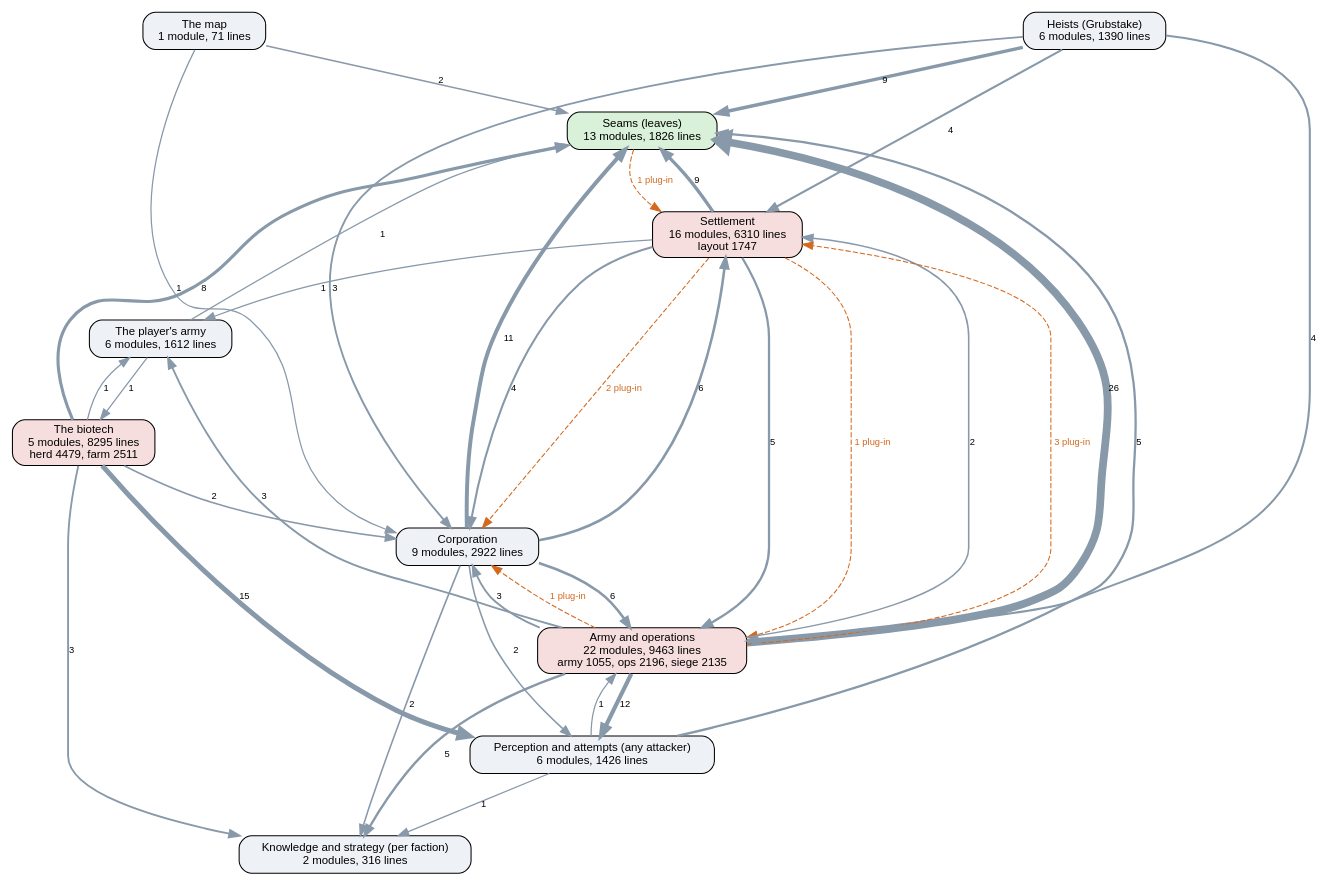
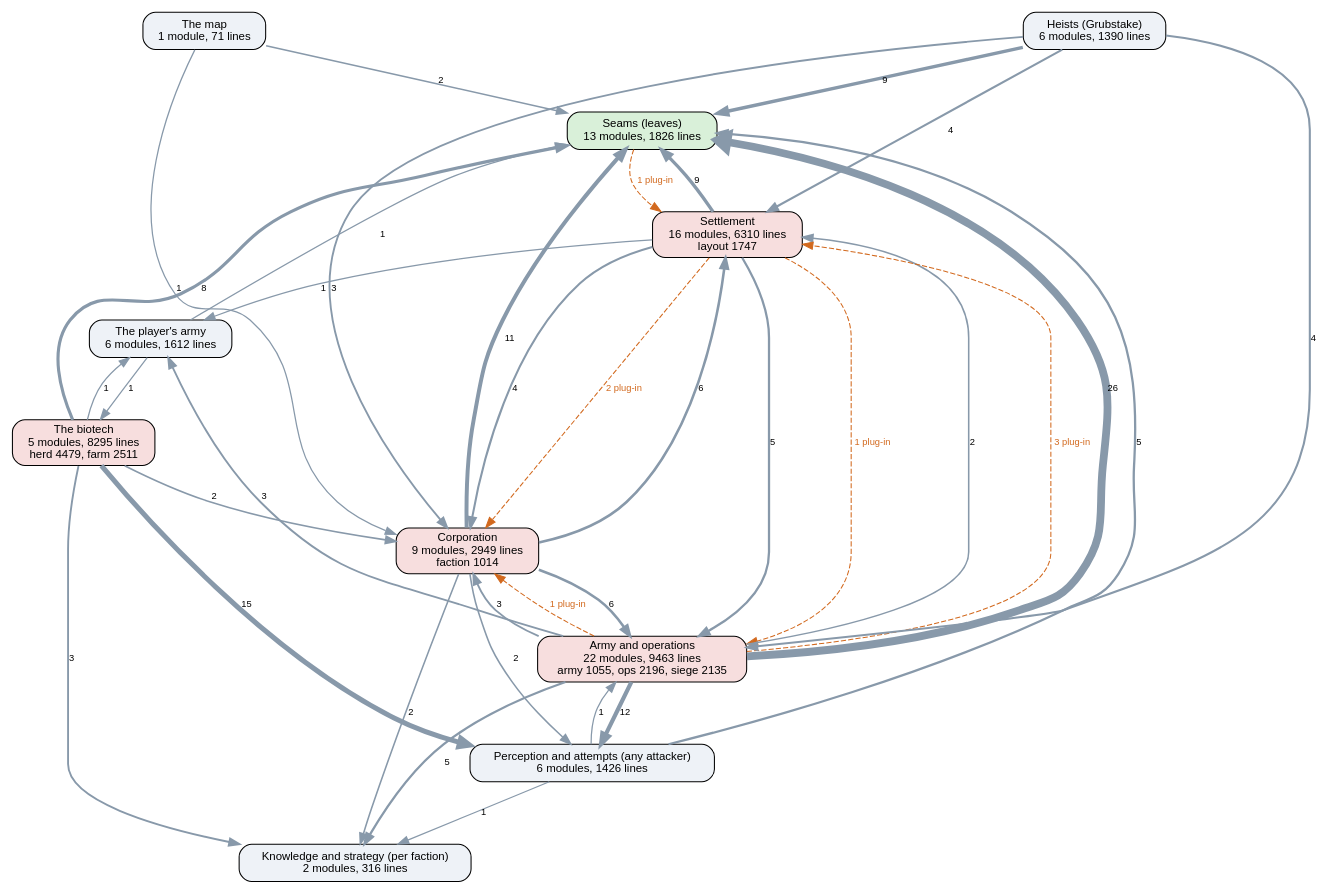
The diagram in docs/ai-layers.dot (kinelhu/landing-party), drawn with Graphviz before and after one commit. The commit also changed 8 other files, not shown here.

```diff
--- a/docs/ai-layers.dot
+++ b/docs/ai-layers.dot
@@ -1,51 +1,51 @@
 digraph layers {
   graph [rankdir=TB, fontname="Helvetica", nodesep=0.5, ranksep=0.7];
   node [shape=box, style="rounded,filled", fontname="Helvetica", fontsize=11, fillcolor="#eef2f7"];
   edge [color="#8899aa", fontname="Helvetica", fontsize=9];
   "Seams (leaves)" [label="Seams (leaves)\n13 modules, 1826 lines", fillcolor="#d9f0d9"];
   "Perception and attempts (any attacker)" [label="Perception and attempts (any attacker)\n6 modules, 1426 lines", fillcolor="#eef2f7"];
   "Knowledge and strategy (per faction)" [label="Knowledge and strategy (per faction)\n2 modules, 316 lines", fillcolor="#eef2f7"];
-  "Corporation" [label="Corporation\n9 modules, 2922 lines", fillcolor="#eef2f7"];
+  "Corporation" [label="Corporation\n9 modules, 2949 lines\nfaction 1014", fillcolor="#f7dede"];
   "Settlement" [label="Settlement\n16 modules, 6310 lines\nlayout 1747", fillcolor="#f7dede"];
   "Army and operations" [label="Army and operations\n22 modules, 9463 lines\narmy 1055, ops 2196, siege 2135", fillcolor="#f7dede"];
   "Heists (Grubstake)" [label="Heists (Grubstake)\n6 modules, 1390 lines", fillcolor="#eef2f7"];
   "The biotech" [label="The biotech\n5 modules, 8295 lines\nherd 4479, farm 2511", fillcolor="#f7dede"];
   "The map" [label="The map\n1 module, 71 lines", fillcolor="#eef2f7"];
   "The player's army" [label="The player's army\n6 modules, 1612 lines", fillcolor="#eef2f7"];
   "Army and operations" -> "Corporation" [label="3", penwidth=1.8];
   "Army and operations" -> "Knowledge and strategy (per faction)" [label="5", penwidth=2.2];
   "Army and operations" -> "Perception and attempts (any attacker)" [label="12", penwidth=4.0];
   "Army and operations" -> "Seams (leaves)" [label="26", penwidth=7.5];
   "Army and operations" -> "Settlement" [label="2", penwidth=1.5];
   "Army and operations" -> "The player's army" [label="3", penwidth=1.8];
   "Corporation" -> "Army and operations" [label="6", penwidth=2.5];
   "Corporation" -> "Knowledge and strategy (per faction)" [label="2", penwidth=1.5];
   "Corporation" -> "Perception and attempts (any attacker)" [label="2", penwidth=1.5];
   "Corporation" -> "Seams (leaves)" [label="11", penwidth=3.8];
   "Corporation" -> "Settlement" [label="6", penwidth=2.5];
   "Heists (Grubstake)" -> "Army and operations" [label="4", penwidth=2.0];
   "Heists (Grubstake)" -> "Corporation" [label="3", penwidth=1.8];
   "Heists (Grubstake)" -> "Seams (leaves)" [label="9", penwidth=3.2];
   "Heists (Grubstake)" -> "Settlement" [label="4", penwidth=2.0];
   "Perception and attempts (any attacker)" -> "Army and operations" [label="1", penwidth=1.2];
   "Perception and attempts (any attacker)" -> "Knowledge and strategy (per faction)" [label="1", penwidth=1.2];
   "Perception and attempts (any attacker)" -> "Seams (leaves)" [label="5", penwidth=2.2];
   "Settlement" -> "Army and operations" [label="5", penwidth=2.2];
   "Settlement" -> "Corporation" [label="4", penwidth=2.0];
   "Settlement" -> "Seams (leaves)" [label="9", penwidth=3.2];
   "Settlement" -> "The player's army" [label="1", penwidth=1.2];
   "The biotech" -> "Corporation" [label="2", penwidth=1.5];
   "The biotech" -> "Knowledge and strategy (per faction)" [label="3", penwidth=1.8];
   "The biotech" -> "Perception and attempts (any attacker)" [label="15", penwidth=4.8];
   "The biotech" -> "Seams (leaves)" [label="8", penwidth=3.0];
   "The biotech" -> "The player's army" [label="1", penwidth=1.2];
   "The map" -> "Corporation" [label="1", penwidth=1.2];
   "The map" -> "Seams (leaves)" [label="2", penwidth=1.5];
   "The player's army" -> "Seams (leaves)" [label="1", penwidth=1.2];
   "The player's army" -> "The biotech" [label="1", penwidth=1.2];
   "Army and operations" -> "Corporation" [style=dashed, color="#d2691e", fontcolor="#d2691e", label="1 plug-in"];
   "Army and operations" -> "Settlement" [style=dashed, color="#d2691e", fontcolor="#d2691e", label="3 plug-in"];
   "Seams (leaves)" -> "Settlement" [style=dashed, color="#d2691e", fontcolor="#d2691e", label="1 plug-in"];
   "Settlement" -> "Army and operations" [style=dashed, color="#d2691e", fontcolor="#d2691e", label="1 plug-in"];
   "Settlement" -> "Corporation" [style=dashed, color="#d2691e", fontcolor="#d2691e", label="2 plug-in"];
 }
```
